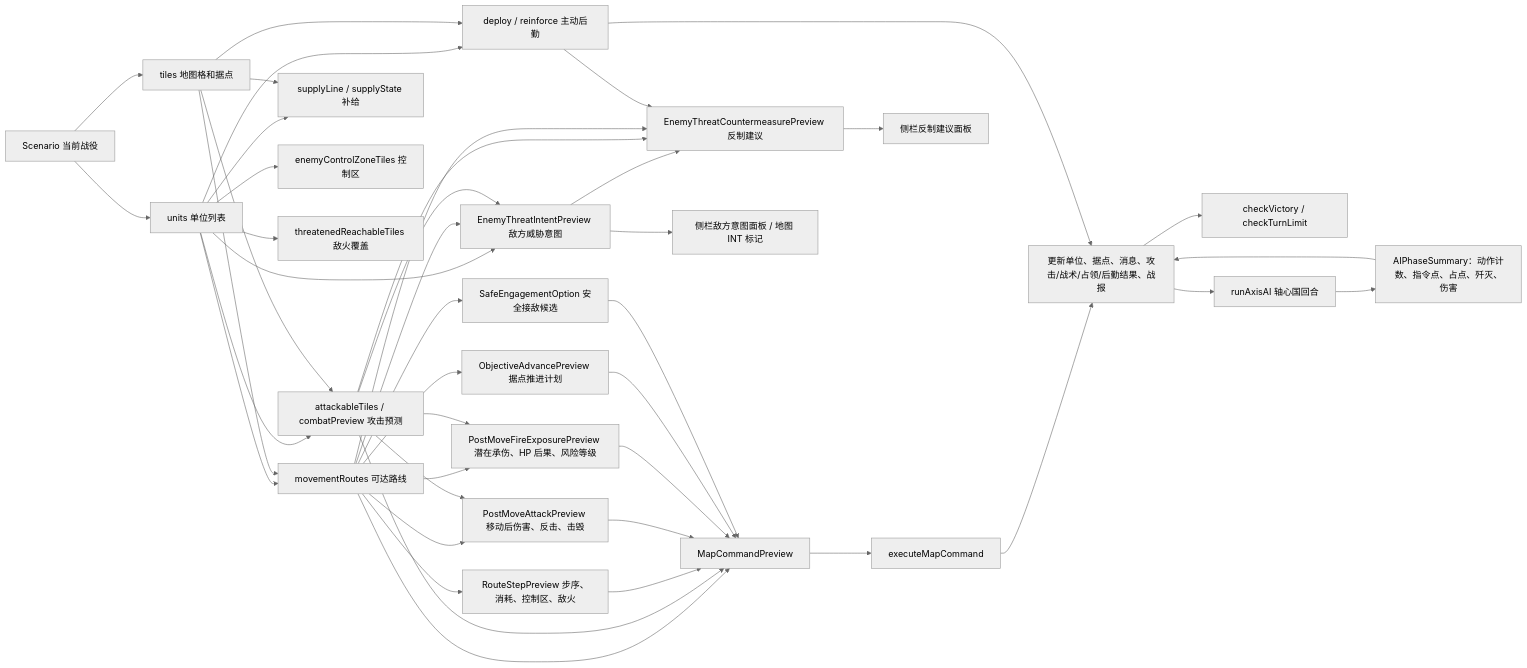
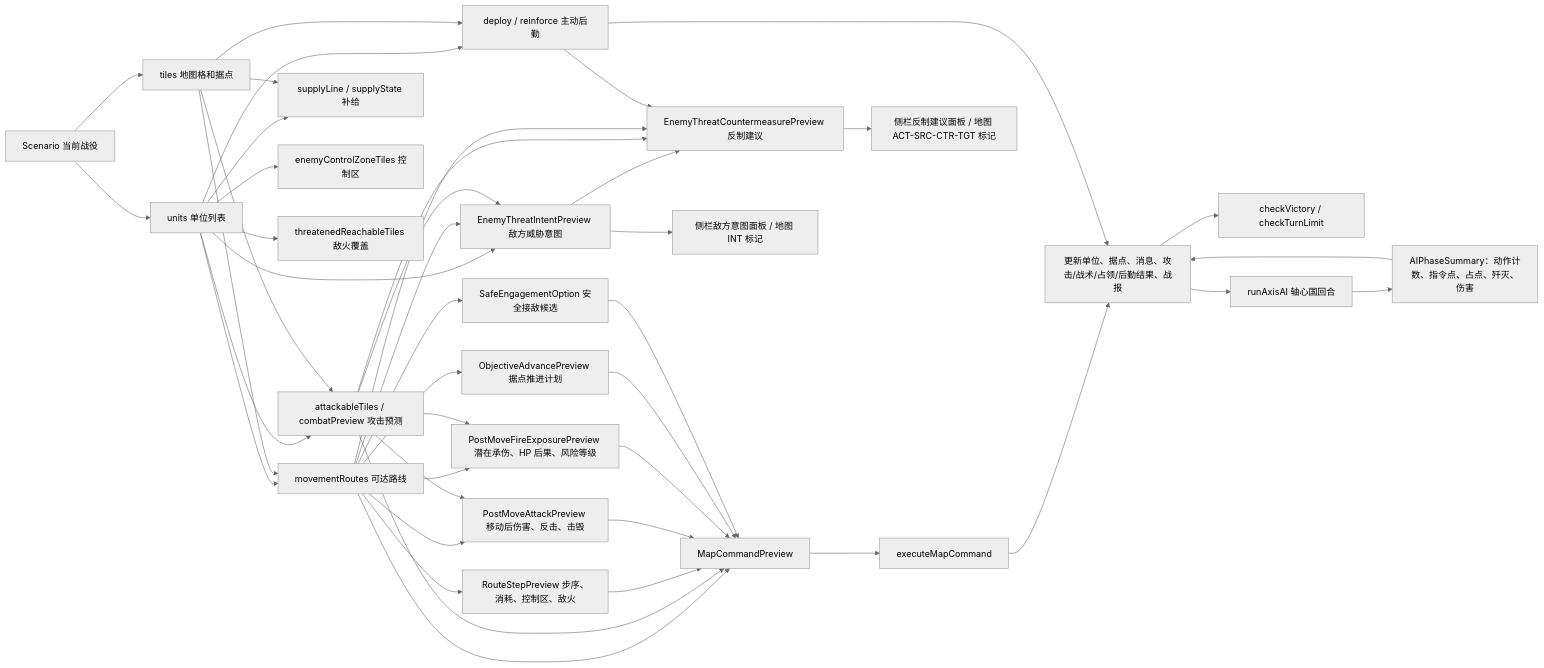
Before and after one commit to Altman-sam114/116: the third of 5 diagrams in md/flow/flowchart.md, drawn with Mermaid (neutral theme). The commit also changed other lines of this file and 10 other files, not shown here.

Commit message:
v1.13: 支持反制建议地图标记

````diff
--- a/md/flow/flowchart.md
+++ b/md/flow/flowchart.md
@@ -58,45 +59,45 @@
 ```mermaid
 flowchart LR
   S["Scenario 当前战役"] --> U["units 单位列表"]
   S --> T["tiles 地图格和据点"]
   U --> MV["movementRoutes 可达路线"]
   T --> MV
   U --> AT["attackableTiles / combatPreview 攻击预测"]
   T --> AT
   U --> SUP["supplyLine / supplyState 补给"]
   T --> SUP
   U --> LOG["deploy / reinforce 主动后勤"]
   T --> LOG
   U --> ZOC["enemyControlZoneTiles 控制区"]
   U --> THR["threatenedReachableTiles 敌火覆盖"]
   U --> INT["EnemyThreatIntentPreview 敌方威胁意图"]
   INT --> CTR["EnemyThreatCountermeasurePreview 反制建议"]
   MV --> RP["RouteStepPreview 步序、消耗、控制区、敌火"]
   MV --> PM["PostMoveAttackPreview 移动后伤害、反击、击毁"]
   MV --> FP["PostMoveFireExposurePreview 潜在承伤、HP 后果、风险等级"]
   MV --> OP["ObjectiveAdvancePreview 据点推进计划"]
   MV --> SE["SafeEngagementOption 安全接敌候选"]
   MV --> INT
   AT --> PM
   AT --> FP
   AT --> INT
   AT --> CTR
   MV --> CTR
   LOG --> CTR
   MV --> CMD["MapCommandPreview"]
   AT --> CMD
   RP --> CMD
   PM --> CMD
   FP --> CMD
   OP --> CMD
   SE --> CMD
   CMD --> EX["executeMapCommand"]
   EX --> RES["更新单位、据点、消息、攻击/战术/占领/后勤结果、战报"]
   LOG --> RES
   RES --> WIN["checkVictory / checkTurnLimit"]
   RES --> AI["runAxisAI 轴心国回合"]
   AI --> AIS["AIPhaseSummary：动作计数、指令点、占点、歼灭、伤害"]
   AIS --> RES
   INT --> UI["侧栏敌方意图面板 / 地图 INT 标记"]
-  CTR --> UI2["侧栏反制建议面板"]
+  CTR --> UI2["侧栏反制建议面板 / 地图 ACT-SRC-CTR-TGT 标记"]
 ```
````
